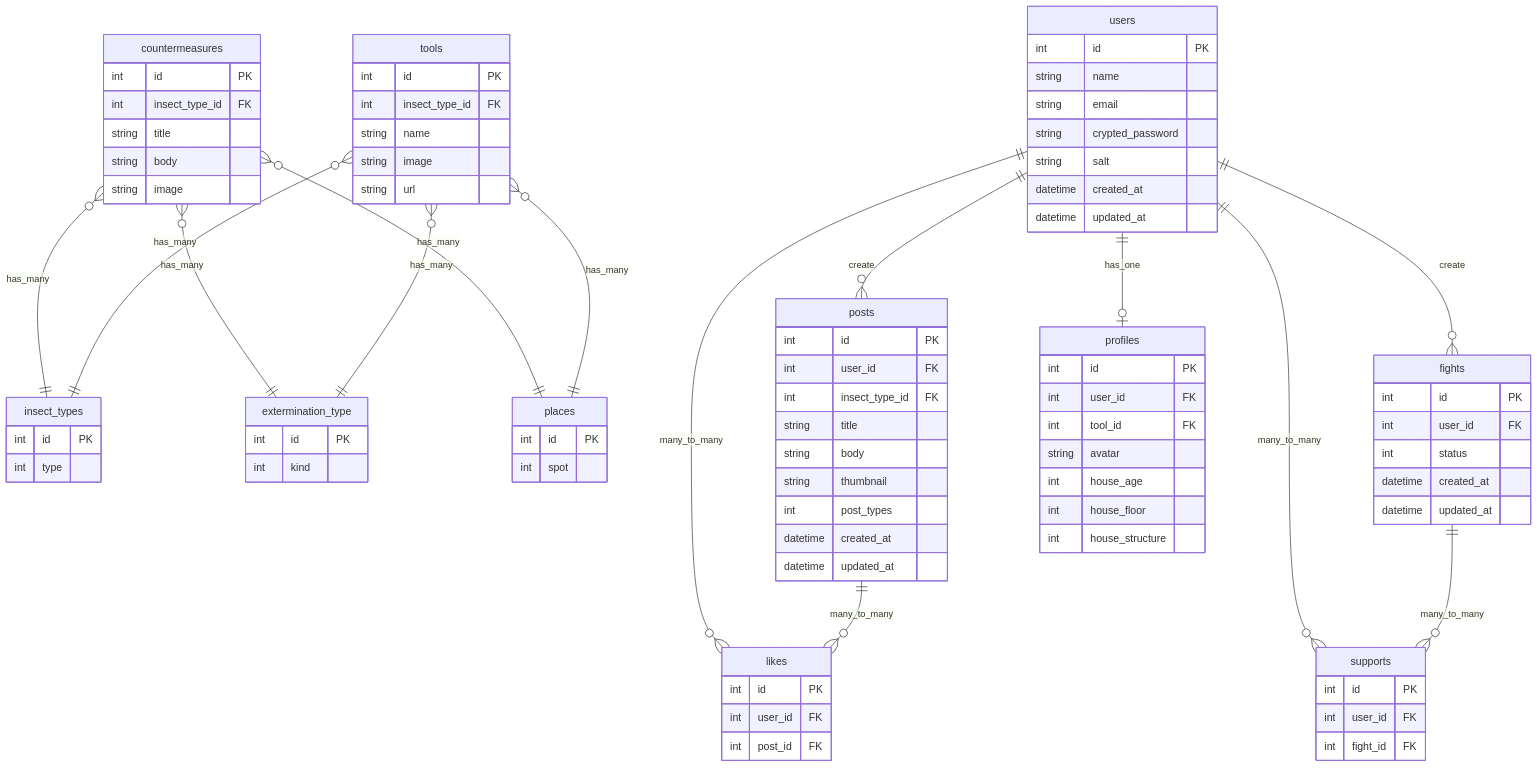
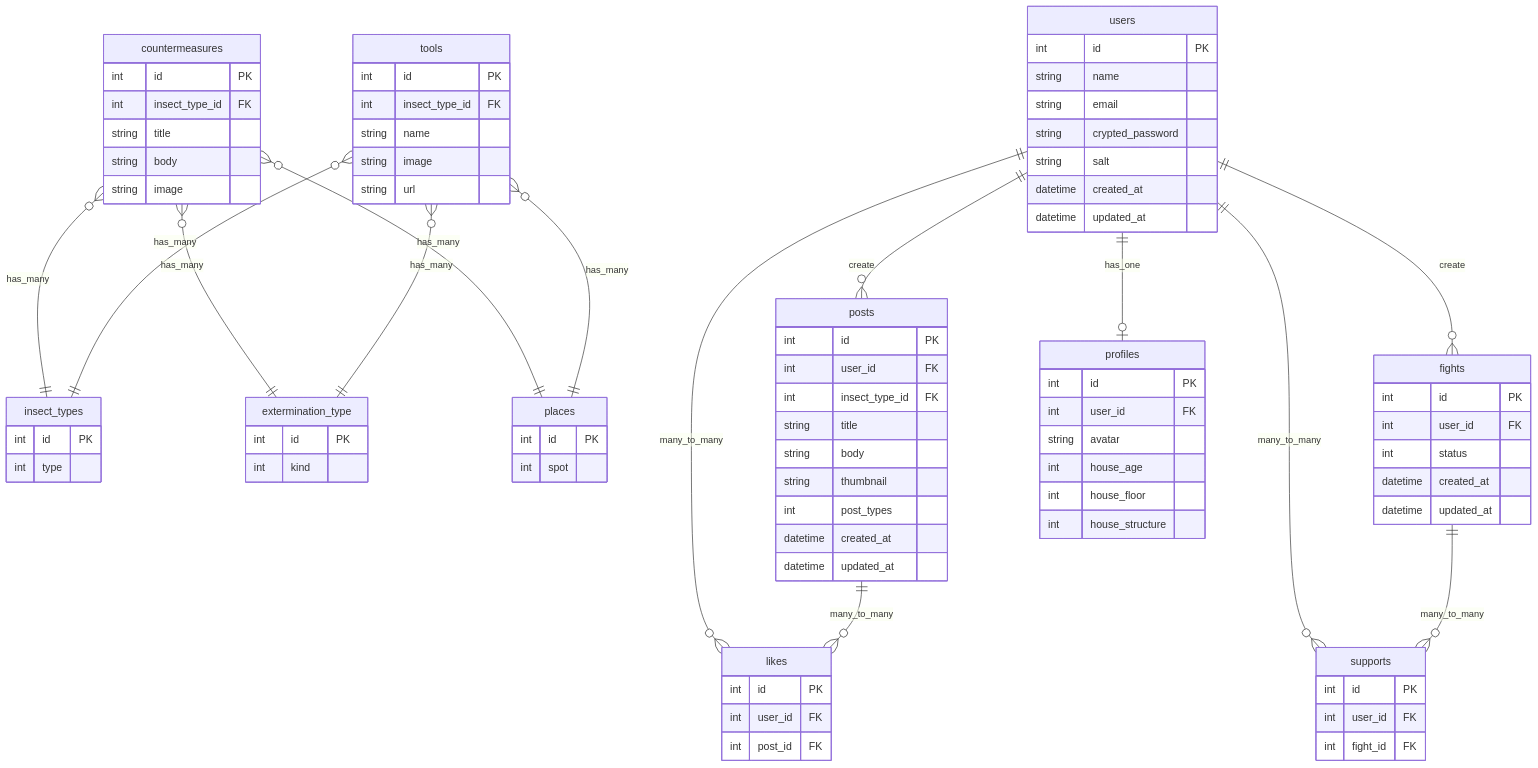
One commit to hagimoto0943/goki-network changed the diagram in README.md. Above: the diagram before and after it, drawn with Mermaid. The commit also changed 1 other file, not shown here.

Commit message:
uiの修正

```diff
--- a/README.md
+++ b/README.md
@@ -100,7 +100,6 @@
   profiles {
     int id PK
     int user_id FK
-    int tool_id FK
     string avatar
     int house_age
     int house_floor
```
